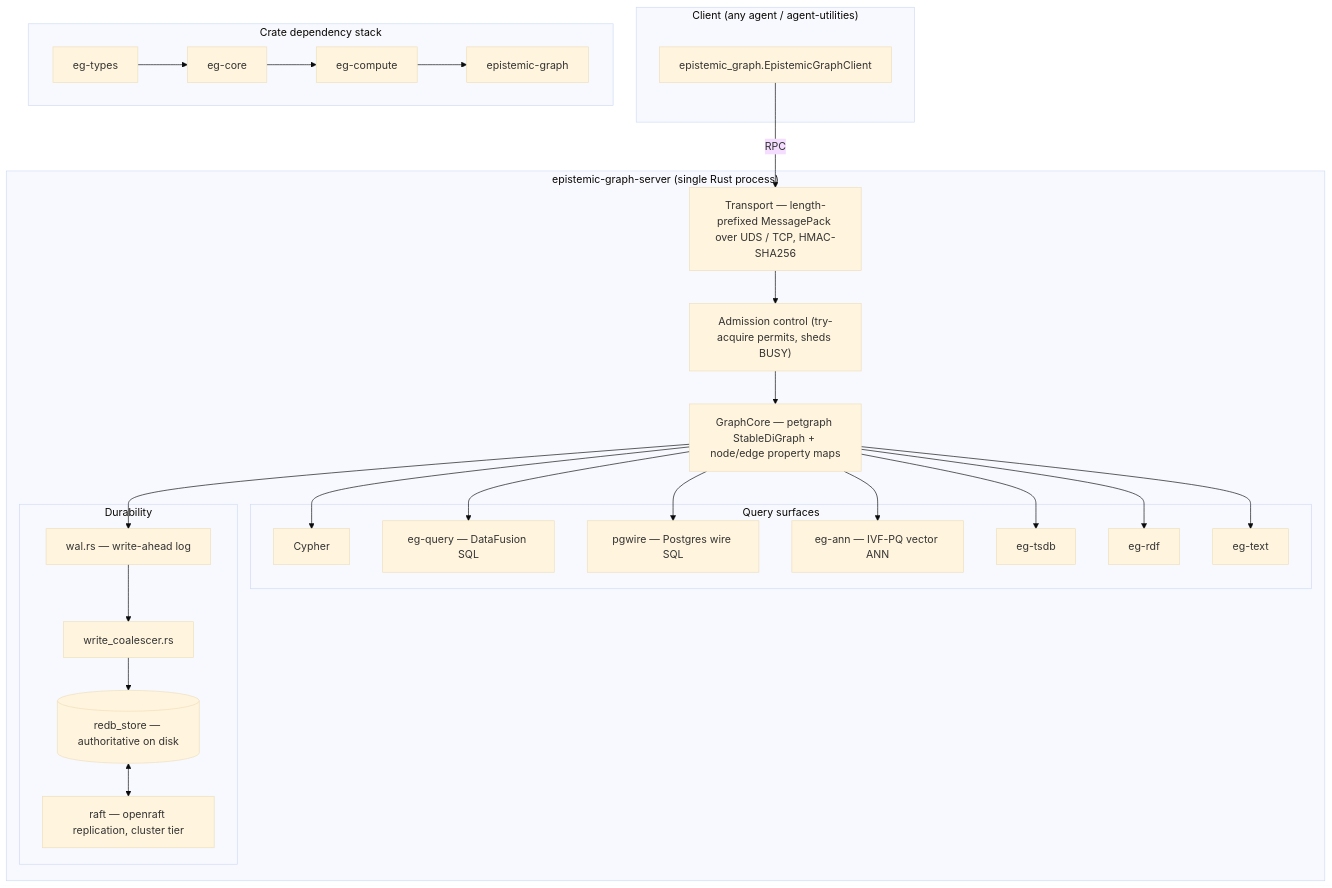
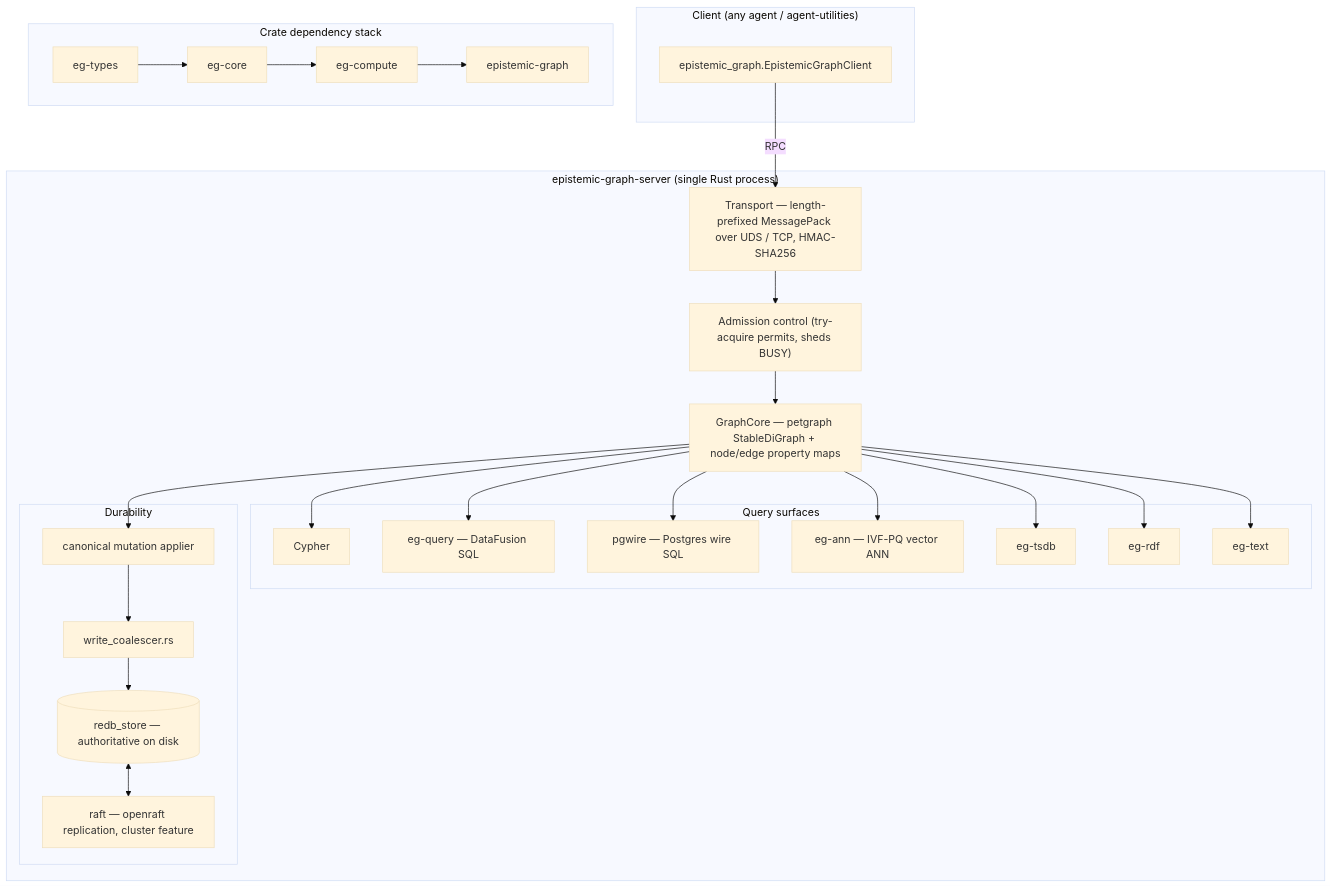
Before and after one commit to Knuckles-Team/epistemic-graph: the first of 3 diagrams in docs/deployment.md, drawn with Mermaid (base theme). The commit also changed other lines of this file and 857 other files, not shown here.

First line of the commit message:
feat(eg): assimilate advanced epistemic-graph 2.23.1

````diff
--- a/docs/deployment.md
+++ b/docs/deployment.md
@@ -182,39 +276,39 @@
 ```mermaid
 flowchart TD
     subgraph Client["Client (any agent / agent-utilities)"]
         PY[epistemic_graph.EpistemicGraphClient]
     end
 
     subgraph Server["epistemic-graph-server (single Rust process)"]
         T["Transport — length-prefixed MessagePack over UDS / TCP, HMAC-SHA256"]
         ADM["Admission control (try-acquire permits, sheds BUSY)"]
         CORE["GraphCore — petgraph StableDiGraph + node/edge property maps"]
 
         subgraph Query["Query surfaces"]
             CY[Cypher]
             SQL["eg-query — DataFusion SQL"]
             PGW["pgwire — Postgres wire SQL"]
             ANN["eg-ann — IVF-PQ vector ANN"]
             TS[eg-tsdb]
             RDF[eg-rdf]
             TXT[eg-text]
         end
 
         subgraph Durability["Durability"]
-            WAL[wal.rs — write-ahead log]
+            APPLY[canonical mutation applier]
             WC[write_coalescer.rs]
             REDB[(redb_store — authoritative on disk)]
-            RAFT["raft — openraft replication, cluster tier"]
+            RAFT["raft — openraft replication, cluster feature"]
         end
     end
 
     PY -->|RPC| T --> ADM --> CORE
     CORE --> CY & SQL & PGW & ANN & TS & RDF & TXT
-    CORE --> WAL --> WC --> REDB
+    CORE --> APPLY --> WC --> REDB
     REDB <--> RAFT
 
     subgraph Crates["Crate dependency stack"]
         direction LR
         EGT[eg-types] --> EGC[eg-core] --> EGCO[eg-compute] --> EGTOP[epistemic-graph]
     end
 ```
````
